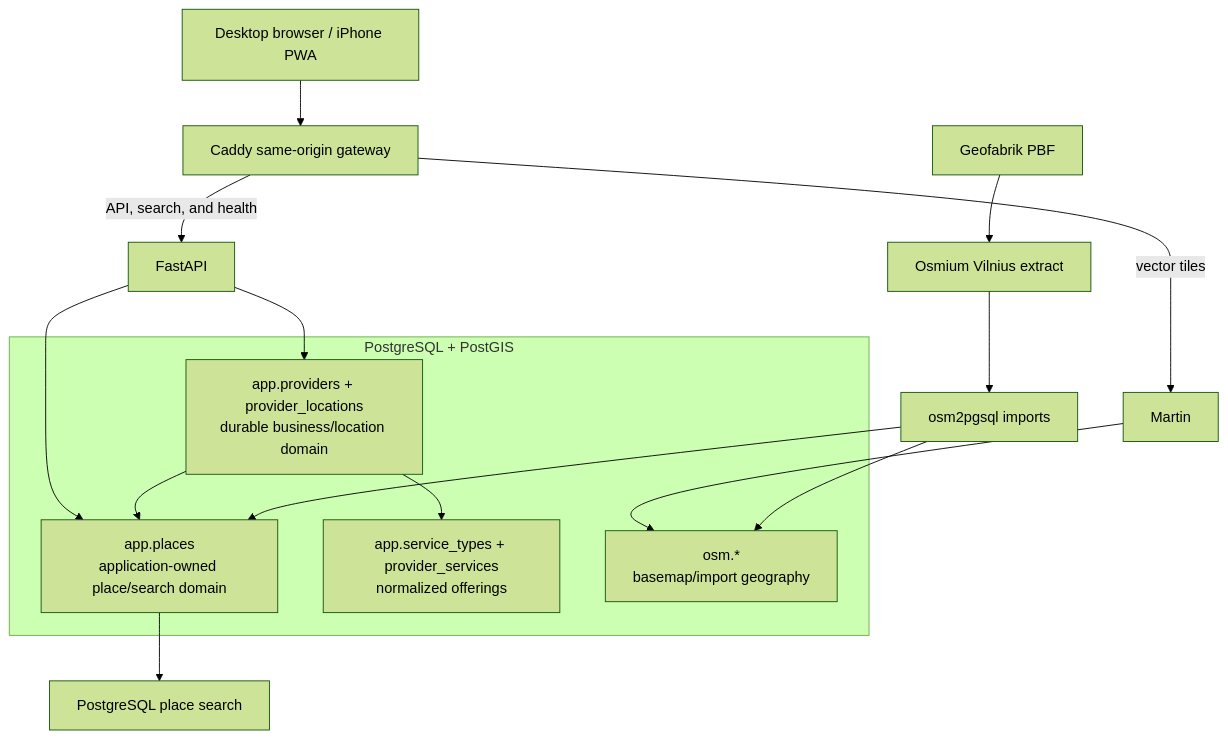
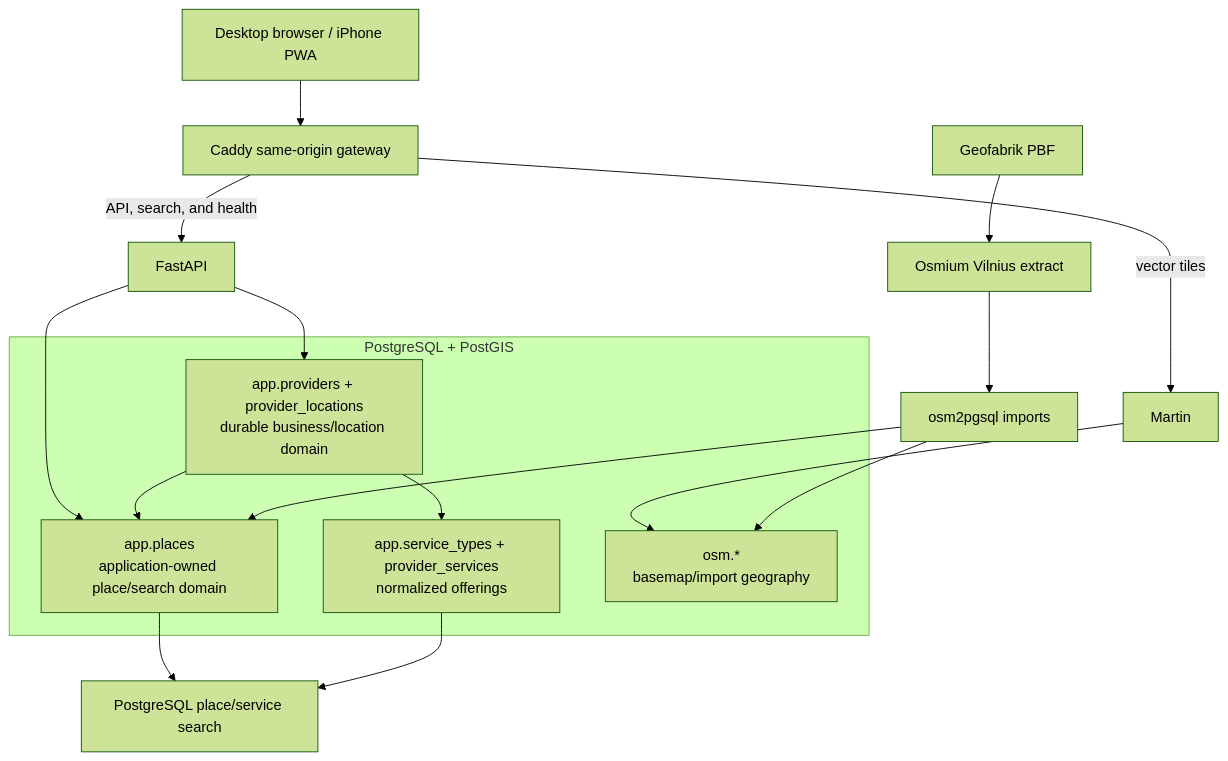
One commit to Umar3331/Map changed the diagram in README.md. Above: the diagram before and after it, drawn with Mermaid (forest theme). The commit also changed other lines of this file and 2 other files, not shown here.

````diff
--- a/README.md
+++ b/README.md
@@ -37,25 +38,26 @@
 ```mermaid
 flowchart TB
     U["Desktop browser / iPhone PWA"] --> C["Caddy same-origin gateway"]
     C -->|"API, search, and health"| A["FastAPI"]
     C -->|"vector tiles"| M["Martin"]
 
     subgraph DB["PostgreSQL + PostGIS"]
         APP["app.places<br/>application-owned place/search domain"]
         PROVIDERS["app.providers + provider_locations<br/>durable business/location domain"]
         SERVICES["app.service_types + provider_services<br/>normalized offerings"]
         OSM["osm.*<br/>basemap/import geography"]
     end
 
     A --> APP
     A --> PROVIDERS
     PROVIDERS --> SERVICES
     PROVIDERS --> APP
     M --> OSM
-    APP --> S["PostgreSQL place search"]
+    APP --> S["PostgreSQL place/service search"]
+    SERVICES --> S
 
     PBF["Geofabrik PBF"] --> O["Osmium Vilnius extract"]
     O --> IMP["osm2pgsql imports"]
     IMP --> OSM
     IMP --> APP
 ```
````
